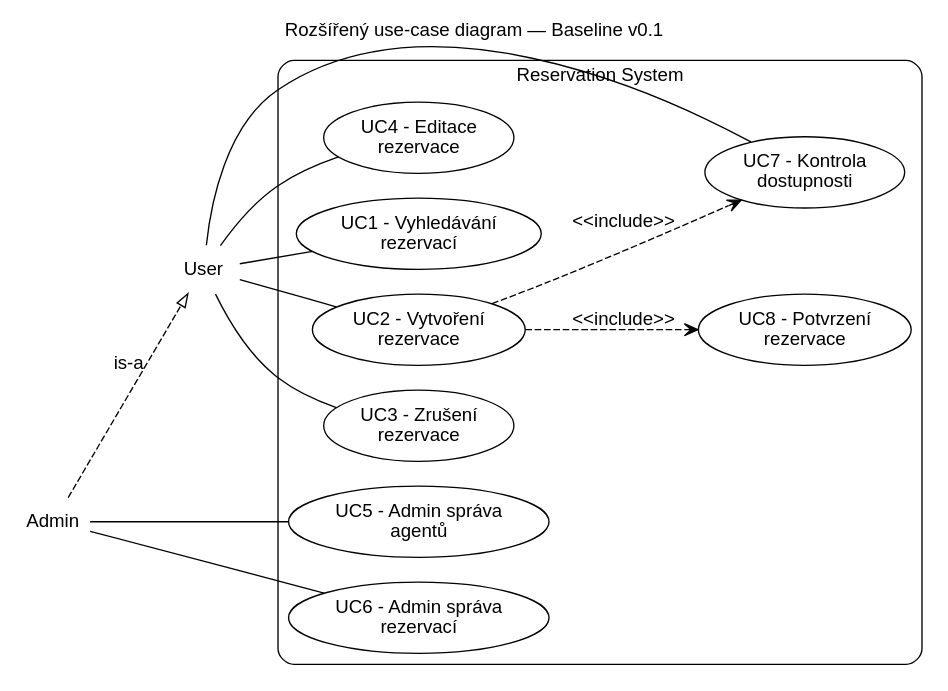
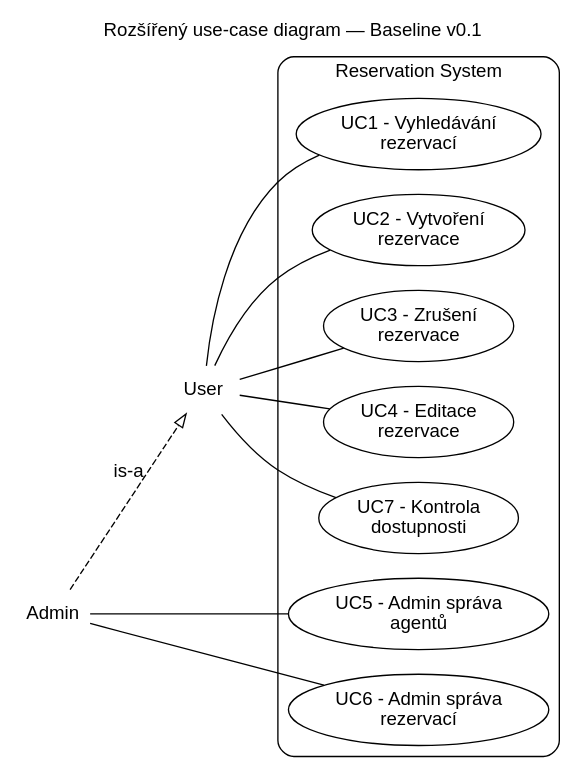
The diagram in docs/diagrams/dot/01-use-case-v01.dot (Ten-James/swi-proj), drawn with Graphviz before and after one commit. The commit also changed 41 other files, not shown here.

```diff
--- a/docs/diagrams/dot/01-use-case-v01.dot
+++ b/docs/diagrams/dot/01-use-case-v01.dot
@@ -1,27 +1,24 @@
 digraph G {
   graph [rankdir=LR, fontname="Arial", labelloc="t", label="Rozšířený use-case diagram — Baseline v0.1"];
   node [fontname="Arial"];
   edge [fontname="Arial", dir=none];
 
   User [shape=plaintext, label="User"];
   Admin [shape=plaintext, label="Admin"];
 
   subgraph cluster_rs {
     label="Reservation System"; style=rounded;
     UC1 [shape=ellipse, label="UC1 - Vyhledávání\nrezervací"];
     UC2 [shape=ellipse, label="UC2 - Vytvoření\nrezervace"];
     UC3 [shape=ellipse, label="UC3 - Zrušení\nrezervace"];
     UC4 [shape=ellipse, label="UC4 - Editace\nrezervace"];
     UC5 [shape=ellipse, label="UC5 - Admin správa\nagentů"];
     UC6 [shape=ellipse, label="UC6 - Admin správa\nrezervací"];
     UC7 [shape=ellipse, label="UC7 - Kontrola\ndostupnosti"];
-    UC8 [shape=ellipse, label="UC8 - Potvrzení\nrezervace"];
   }
 
   User -> UC1; User -> UC2; User -> UC3; User -> UC4; User -> UC7;
   Admin -> UC5; Admin -> UC6;
   Admin -> User [dir=forward, arrowhead=empty, label="is-a", style=dashed];
 
-  UC2 -> UC7 [dir=forward, arrowhead=open, style=dashed, label="<<include>>"];
-  UC2 -> UC8 [dir=forward, arrowhead=open, style=dashed, label="<<include>>"];
 }
```
